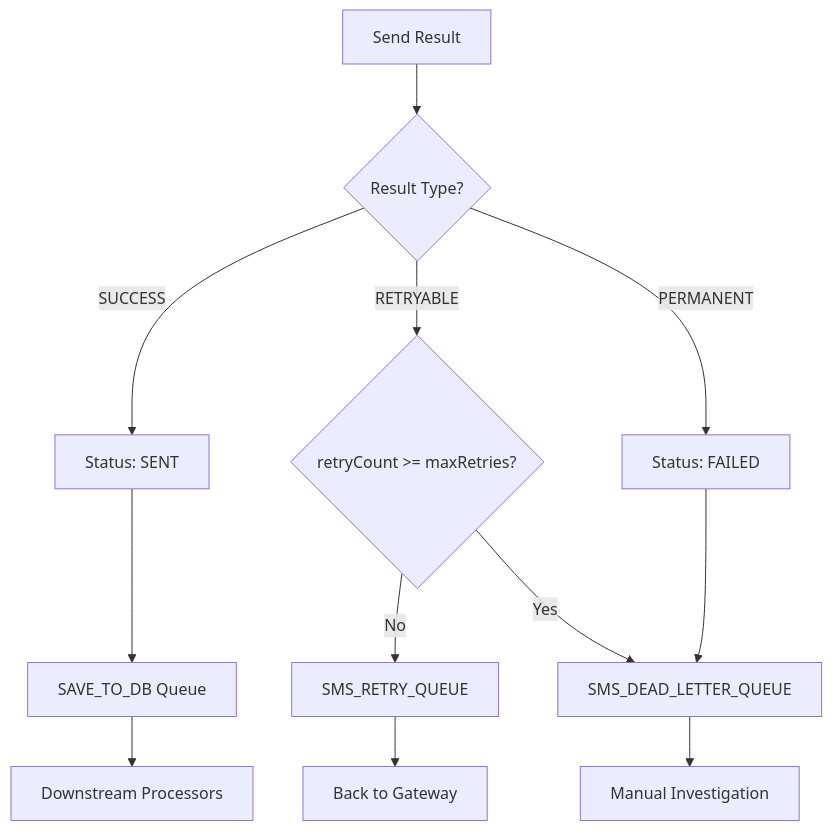
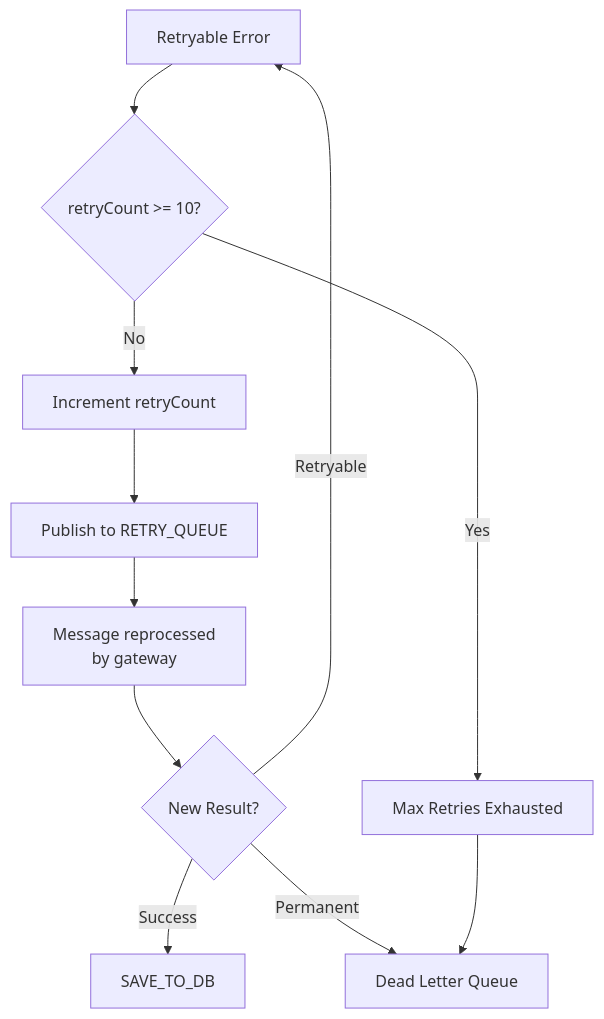
Before and after one commit to ElMonstro/sms-mno-gateway: diagram 11 of 18 in docs/architecture.md, drawn with Mermaid. The commit also changed other lines of this file, not shown here.

Commit message:
Added Master Flow Diagram to arch docs

````diff
--- a/docs/architecture.md
+++ b/docs/architecture.md
@@ -375,19 +777,15 @@
 ```mermaid
 flowchart TD
-    RESULT[Send Result] --> CHECK{Result Type?}
+    RETRYABLE[Retryable Error] --> CHECK{retryCount >= 10?}
 
-    CHECK -->|SUCCESS| SUCCESS[Status: SENT]
-    CHECK -->|RETRYABLE| RETRY_CHECK{retryCount >= maxRetries?}
-    CHECK -->|PERMANENT| PERM[Status: FAILED]
+    CHECK -->|No| INCREMENT[Increment retryCount]
+    INCREMENT --> RETRY_Q[Publish to RETRY_QUEUE]
+    RETRY_Q --> REPROCESS[Message reprocessed<br/>by gateway]
+    REPROCESS --> RESULT{New Result?}
+    RESULT -->|Success| SAVE_DB[SAVE_TO_DB]
+    RESULT -->|Retryable| RETRYABLE
+    RESULT -->|Permanent| DLQ[Dead Letter Queue]
 
-    SUCCESS --> SAVE_DB[SAVE_TO_DB Queue]
-
-    RETRY_CHECK -->|No| RETRY[SMS_RETRY_QUEUE]
-    RETRY_CHECK -->|Yes| DLQ[SMS_DEAD_LETTER_QUEUE]
-
-    PERM --> DLQ
-
-    SAVE_DB --> DOWNSTREAM[Downstream Processors]
-    RETRY --> GATEWAY[Back to Gateway]
-    DLQ --> INVESTIGATION[Manual Investigation]
+    CHECK -->|Yes| EXHAUST[Max Retries Exhausted]
+    EXHAUST --> DLQ
 ```
````
